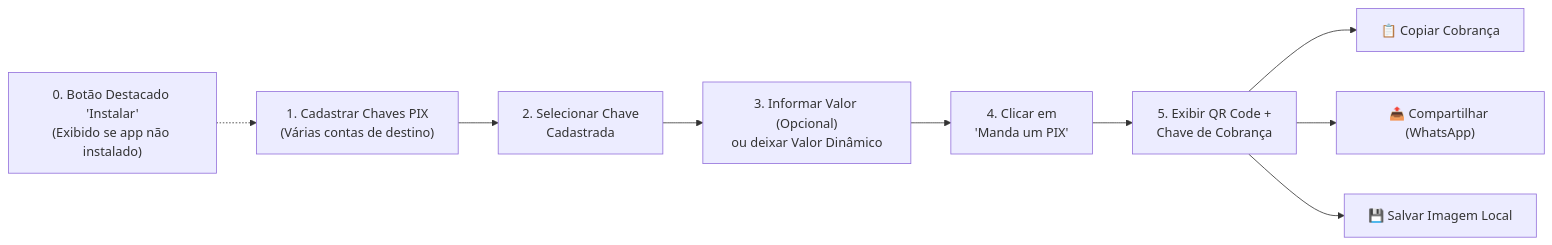
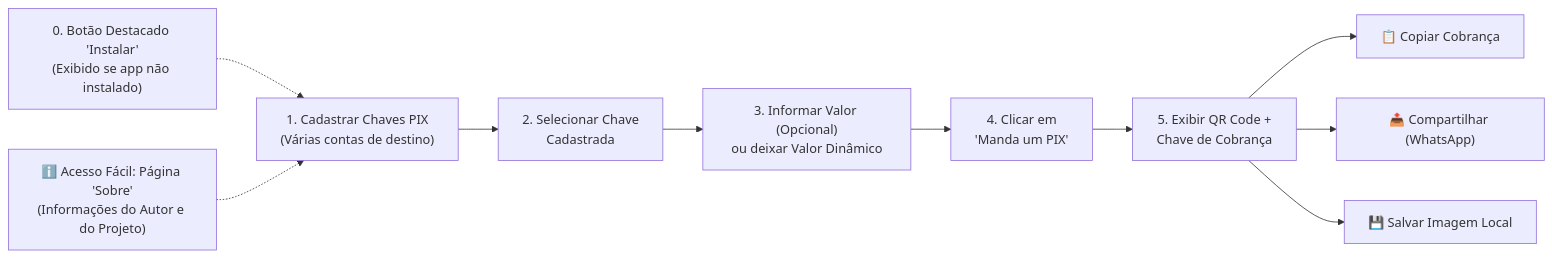
One commit to luizcanet/mandaumpix.app changed the diagram in docs/business/overview.md. Above: the diagram before and after it, drawn with Mermaid. The commit also changed other lines of this file and 9 other files, not shown here.

Commit message:
docs: document business rule RN07 and about page architecture and design

````diff
--- a/docs/business/overview.md
+++ b/docs/business/overview.md
@@ -41,11 +42,12 @@
 ```mermaid
 flowchart LR
     I["0. Botão Destacado 'Instalar'<br/>(Exibido se app não instalado)"] -.-> A["1. Cadastrar Chaves PIX<br/>(Várias contas de destino)"]
+    Ab["ℹ️ Acesso Fácil: Página 'Sobre'<br/>(Informações do Autor e do Projeto)"] -.-> A
     A --> B["2. Selecionar Chave<br/>Cadastrada"]
     B --> C["3. Informar Valor (Opcional)<br/>ou deixar Valor Dinâmico"]
     C --> D["4. Clicar em<br/>'Manda um PIX'"]
     D --> E["5. Exibir QR Code +<br/>Chave de Cobrança"]
     E --> F1["📋 Copiar Cobrança"]
     E --> F2["📤 Compartilhar (WhatsApp)"]
     E --> F3["💾 Salvar Imagem Local"]
 ```
````
